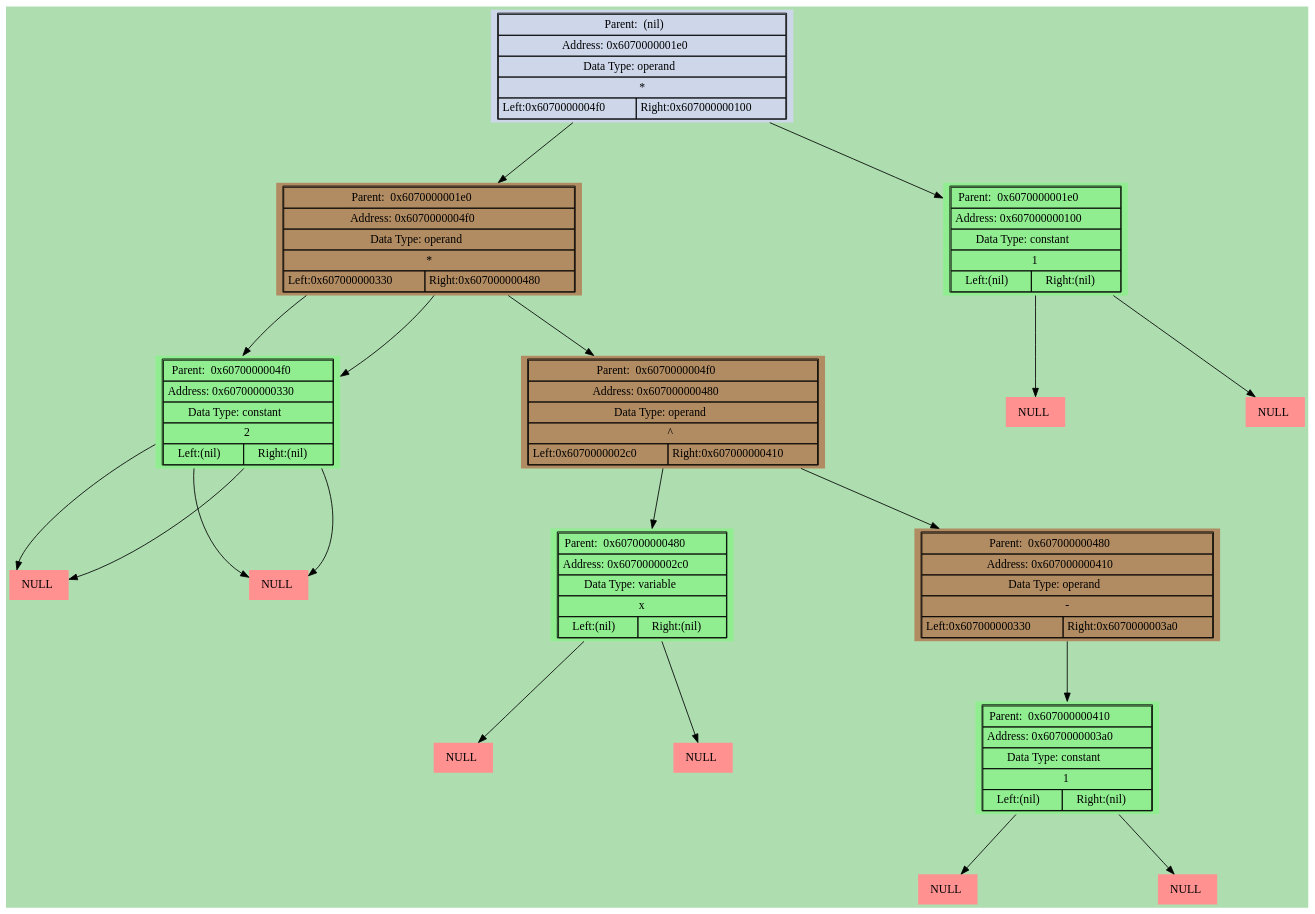
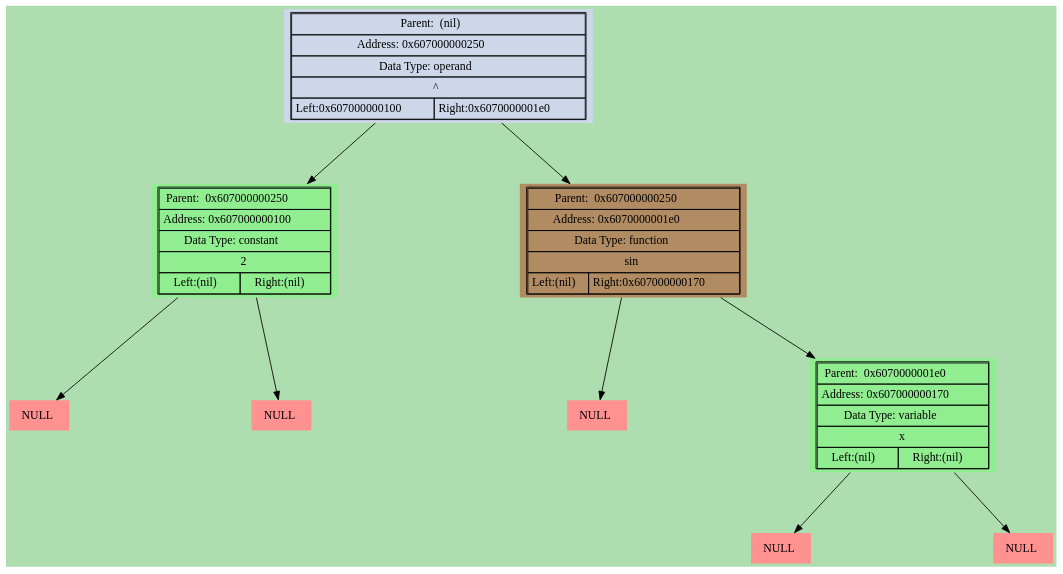
Before and after one commit to bgclutch/differentiator_ded: the diagram in dumps/graphic_dump.dot, drawn with Graphviz. The commit also changed 7 other files, not shown here.

```diff
--- a/dumps/graphic_dump.dot
+++ b/dumps/graphic_dump.dot
@@ -1,142 +1,72 @@
 digraph LIST{
 harset = "UTF-8";
 node [shape=plaintext];
 bgcolor = "#0000aa";
 fontcolor = black;
 fontsize = 18;
 style = "italic";
 margin = 1;
 ranksep = 1;
 nodesep = 3;
 bgcolor = "#aedeb0";
-"0x6070000004f0" [style = "filled", fillcolor = "#b18b62",label=<
+"0x607000000100" [style = "filled", fillcolor = "lightgreen",label=<
 <table border="1" cellspacing="0" cellpadding="4">
-<tr><td colspan="2">Parent:  0x6070000001e0</td></tr>
-<tr><td colspan="2">Address: 0x6070000004f0</td></tr>
-<tr><td colspan="2">Data Type: operand</td></tr>
-<tr><td colspan="2">*</td></tr>
-<tr><td align = "center" >Left:0x607000000330</td><td align = "center" >Right:0x607000000480</td></tr></table>>];
-
-"0x6070000001e0" -> "0x6070000004f0";
-"0x607000000330" [style = "filled", fillcolor = "lightgreen",label=<
-<table border="1" cellspacing="0" cellpadding="4">
-<tr><td colspan="2">Parent:  0x6070000004f0</td></tr>
-<tr><td colspan="2">Address: 0x607000000330</td></tr>
+<tr><td colspan="2">Parent:  0x607000000250</td></tr>
+<tr><td colspan="2">Address: 0x607000000100</td></tr>
 <tr><td colspan="2">Data Type: constant</td></tr>
 <tr><td colspan="2">2</td></tr>
 <tr><td align = "center" >Left:(nil)</td><td align = "center" >Right:(nil)</td></tr></table>>];
 
-"0x6070000004f0" -> "0x607000000330";
-"0x607000000330" -> "0x607000000368";
-"0x607000000368" [style = "filled", fillcolor = "#ff9191", label=<
-<table border = "0" cellspacing="2" cellpadding="4">
-<tr><td>NULL</td></tr></table>>];
-
-"0x607000000330" -> "0x607000000370";
-"0x607000000370" [style = "filled", fillcolor = "#ff9191", label=<
-<table border = "0" cellspacing="2" cellpadding="4">
-<tr><td>NULL</td></tr></table>>];
-
-"0x607000000480" [style = "filled", fillcolor = "#b18b62",label=<
-<table border="1" cellspacing="0" cellpadding="4">
-<tr><td colspan="2">Parent:  0x6070000004f0</td></tr>
-<tr><td colspan="2">Address: 0x607000000480</td></tr>
-<tr><td colspan="2">Data Type: operand</td></tr>
-<tr><td colspan="2">^</td></tr>
-<tr><td align = "center" >Left:0x6070000002c0</td><td align = "center" >Right:0x607000000410</td></tr></table>>];
-
-"0x6070000004f0" -> "0x607000000480";
-"0x6070000002c0" [style = "filled", fillcolor = "lightgreen",label=<
-<table border="1" cellspacing="0" cellpadding="4">
-<tr><td colspan="2">Parent:  0x607000000480</td></tr>
-<tr><td colspan="2">Address: 0x6070000002c0</td></tr>
-<tr><td colspan="2">Data Type: variable</td></tr>
-<tr><td colspan="2">x</td></tr>
-<tr><td align = "center" >Left:(nil)</td><td align = "center" >Right:(nil)</td></tr></table>>];
-
-"0x607000000480" -> "0x6070000002c0";
-"0x6070000002c0" -> "0x6070000002f8";
-"0x6070000002f8" [style = "filled", fillcolor = "#ff9191", label=<
-<table border = "0" cellspacing="2" cellpadding="4">
-<tr><td>NULL</td></tr></table>>];
-
-"0x6070000002c0" -> "0x607000000300";
-"0x607000000300" [style = "filled", fillcolor = "#ff9191", label=<
-<table border = "0" cellspacing="2" cellpadding="4">
-<tr><td>NULL</td></tr></table>>];
-
-"0x607000000410" [style = "filled", fillcolor = "#b18b62",label=<
-<table border="1" cellspacing="0" cellpadding="4">
-<tr><td colspan="2">Parent:  0x607000000480</td></tr>
-<tr><td colspan="2">Address: 0x607000000410</td></tr>
-<tr><td colspan="2">Data Type: operand</td></tr>
-<tr><td colspan="2">-</td></tr>
-<tr><td align = "center" >Left:0x607000000330</td><td align = "center" >Right:0x6070000003a0</td></tr></table>>];
-
-"0x607000000480" -> "0x607000000410";
-"0x607000000330" [style = "filled", fillcolor = "lightgreen",label=<
-<table border="1" cellspacing="0" cellpadding="4">
-<tr><td colspan="2">Parent:  0x6070000004f0</td></tr>
-<tr><td colspan="2">Address: 0x607000000330</td></tr>
-<tr><td colspan="2">Data Type: constant</td></tr>
-<tr><td colspan="2">2</td></tr>
-<tr><td align = "center" >Left:(nil)</td><td align = "center" >Right:(nil)</td></tr></table>>];
-
-"0x6070000004f0" -> "0x607000000330";
-"0x607000000330" -> "0x607000000368";
-"0x607000000368" [style = "filled", fillcolor = "#ff9191", label=<
-<table border = "0" cellspacing="2" cellpadding="4">
-<tr><td>NULL</td></tr></table>>];
-
-"0x607000000330" -> "0x607000000370";
-"0x607000000370" [style = "filled", fillcolor = "#ff9191", label=<
-<table border = "0" cellspacing="2" cellpadding="4">
-<tr><td>NULL</td></tr></table>>];
-
-"0x6070000003a0" [style = "filled", fillcolor = "lightgreen",label=<
-<table border="1" cellspacing="0" cellpadding="4">
-<tr><td colspan="2">Parent:  0x607000000410</td></tr>
-<tr><td colspan="2">Address: 0x6070000003a0</td></tr>
-<tr><td colspan="2">Data Type: constant</td></tr>
-<tr><td colspan="2">1</td></tr>
-<tr><td align = "center" >Left:(nil)</td><td align = "center" >Right:(nil)</td></tr></table>>];
-
-"0x607000000410" -> "0x6070000003a0";
-"0x6070000003a0" -> "0x6070000003d8";
-"0x6070000003d8" [style = "filled", fillcolor = "#ff9191", label=<
-<table border = "0" cellspacing="2" cellpadding="4">
-<tr><td>NULL</td></tr></table>>];
-
-"0x6070000003a0" -> "0x6070000003e0";
-"0x6070000003e0" [style = "filled", fillcolor = "#ff9191", label=<
-<table border = "0" cellspacing="2" cellpadding="4">
-<tr><td>NULL</td></tr></table>>];
-
-"0x607000000100" [style = "filled", fillcolor = "lightgreen",label=<
-<table border="1" cellspacing="0" cellpadding="4">
-<tr><td colspan="2">Parent:  0x6070000001e0</td></tr>
-<tr><td colspan="2">Address: 0x607000000100</td></tr>
-<tr><td colspan="2">Data Type: constant</td></tr>
-<tr><td colspan="2">1</td></tr>
-<tr><td align = "center" >Left:(nil)</td><td align = "center" >Right:(nil)</td></tr></table>>];
-
-"0x6070000001e0" -> "0x607000000100";
+"0x607000000250" -> "0x607000000100";
 "0x607000000100" -> "0x607000000138";
 "0x607000000138" [style = "filled", fillcolor = "#ff9191", label=<
 <table border = "0" cellspacing="2" cellpadding="4">
 <tr><td>NULL</td></tr></table>>];
 
 "0x607000000100" -> "0x607000000140";
 "0x607000000140" [style = "filled", fillcolor = "#ff9191", label=<
 <table border = "0" cellspacing="2" cellpadding="4">
 <tr><td>NULL</td></tr></table>>];
 
-"0x6070000001e0" [style = "filled", fillcolor = "#ced7ea",label=<
+"0x6070000001e0" [style = "filled", fillcolor = "#b18b62",label=<
+<table border="1" cellspacing="0" cellpadding="4">
+<tr><td colspan="2">Parent:  0x607000000250</td></tr>
+<tr><td colspan="2">Address: 0x6070000001e0</td></tr>
+<tr><td colspan="2">Data Type: function</td></tr>
+<tr><td colspan="2">sin</td></tr>
+<tr><td align = "center" >Left:(nil)</td><td align = "center" >Right:0x607000000170</td></tr></table>>];
+
+"0x607000000250" -> "0x6070000001e0";
+"0x6070000001e0" -> "0x607000000218";
+"0x607000000218" [style = "filled", fillcolor = "#ff9191", label=<
+<table border = "0" cellspacing="2" cellpadding="4">
+<tr><td>NULL</td></tr></table>>];
+
+"0x607000000170" [style = "filled", fillcolor = "lightgreen",label=<
+<table border="1" cellspacing="0" cellpadding="4">
+<tr><td colspan="2">Parent:  0x6070000001e0</td></tr>
+<tr><td colspan="2">Address: 0x607000000170</td></tr>
+<tr><td colspan="2">Data Type: variable</td></tr>
+<tr><td colspan="2">x</td></tr>
+<tr><td align = "center" >Left:(nil)</td><td align = "center" >Right:(nil)</td></tr></table>>];
+
+"0x6070000001e0" -> "0x607000000170";
+"0x607000000170" -> "0x6070000001a8";
+"0x6070000001a8" [style = "filled", fillcolor = "#ff9191", label=<
+<table border = "0" cellspacing="2" cellpadding="4">
+<tr><td>NULL</td></tr></table>>];
+
+"0x607000000170" -> "0x6070000001b0";
+"0x6070000001b0" [style = "filled", fillcolor = "#ff9191", label=<
+<table border = "0" cellspacing="2" cellpadding="4">
+<tr><td>NULL</td></tr></table>>];
+
+"0x607000000250" [style = "filled", fillcolor = "#ced7ea",label=<
 <table border="1" cellspacing="0" cellpadding="4">
 <tr><td colspan="2">Parent:  (nil)</td></tr>
-<tr><td colspan="2">Address: 0x6070000001e0</td></tr>
+<tr><td colspan="2">Address: 0x607000000250</td></tr>
 <tr><td colspan="2">Data Type: operand</td></tr>
-<tr><td colspan="2">*</td></tr>
-<tr><td align = "center" >Left:0x6070000004f0</td><td align = "center" >Right:0x607000000100</td></tr></table>>];
+<tr><td colspan="2">^</td></tr>
+<tr><td align = "center" >Left:0x607000000100</td><td align = "center" >Right:0x6070000001e0</td></tr></table>>];
 
 }
```
